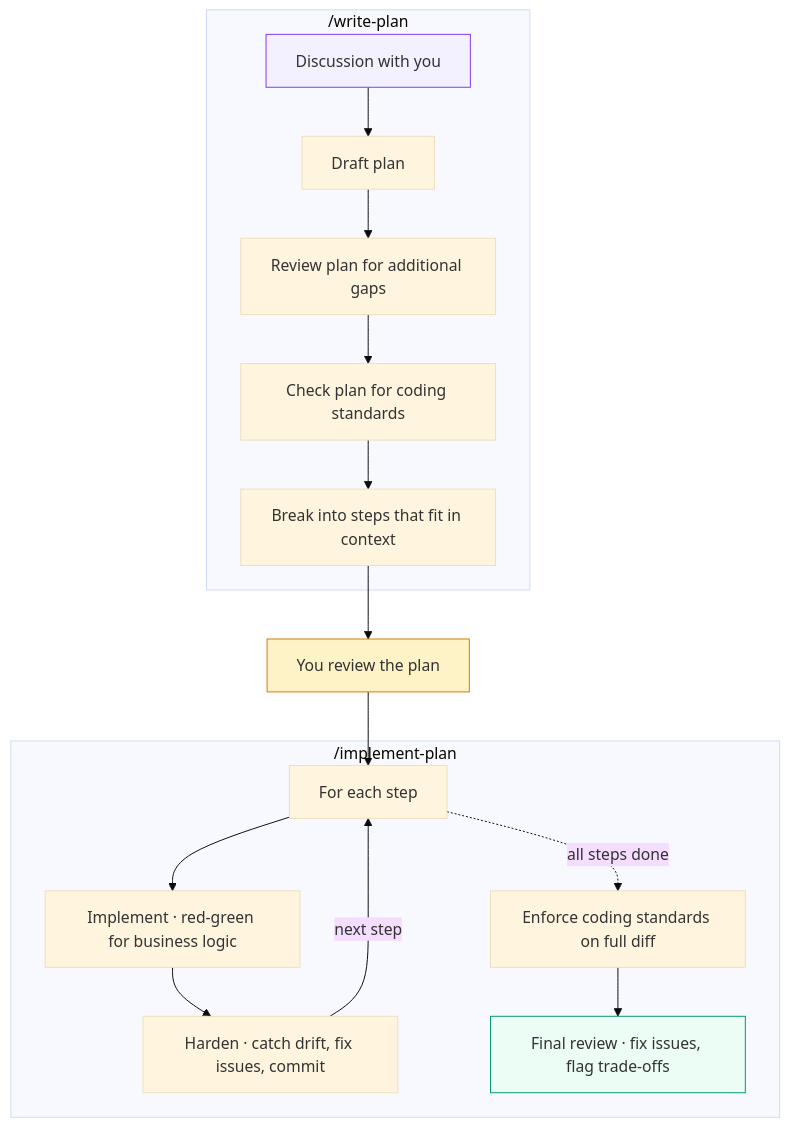
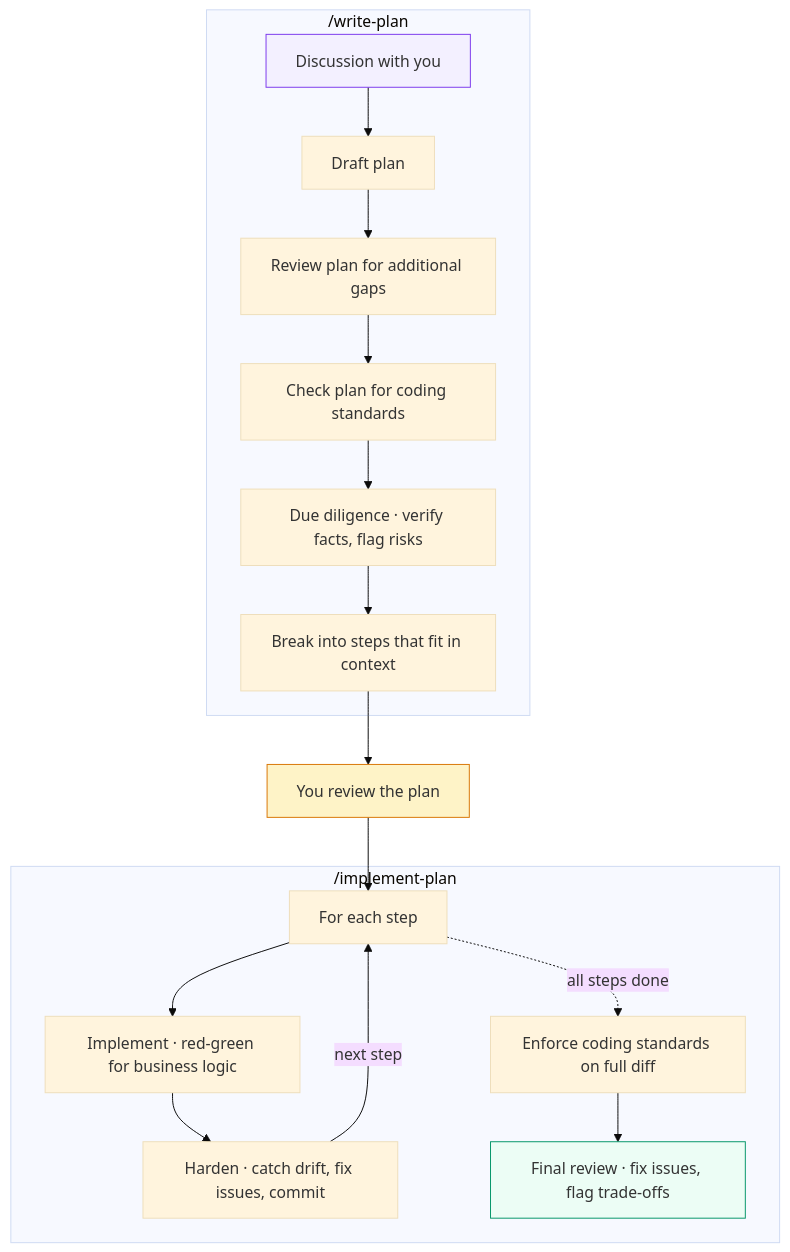
The diagram in README.md (mkrtchian/spec-driven-dev), drawn with Mermaid (base theme) before and after one commit. The commit also changed other lines of this file and 5 other files, not shown here.

First line of the commit message:
feat(write-plan): add due-diligence pass verifying external facts and surfacing judgment calls

````diff
--- a/README.md
+++ b/README.md
@@ -45,27 +45,28 @@
 ```mermaid
 flowchart TD
     subgraph "/write-plan"
         A["Discussion with you"] --> B["Draft plan"]
         B --> C["Review plan for additional gaps"]
         C --> D["Check plan for coding standards"]
-        D --> E["Break into steps that fit in context"]
+        D --> DD["Due diligence · verify facts, flag risks"]
+        DD --> E["Break into steps that fit in context"]
     end
 
     E --> F["You review the plan"]
 
     subgraph "/implement-plan"
         G["For each step"]
         G --> H["Implement · red-green for business logic"]
         H --> I["Harden · catch drift, fix issues, commit"]
         I -- next step --> G
 
         G -. all steps done .-> J["Enforce coding standards on full diff"]
         J --> K["Final review · fix issues, flag trade-offs"]
     end
 
     F --> G
 
     style A fill:#f3f0ff,stroke:#7c3aed
     style F fill:#fef3c7,stroke:#d97706
     style K fill:#ecfdf5,stroke:#059669
 ```
````
